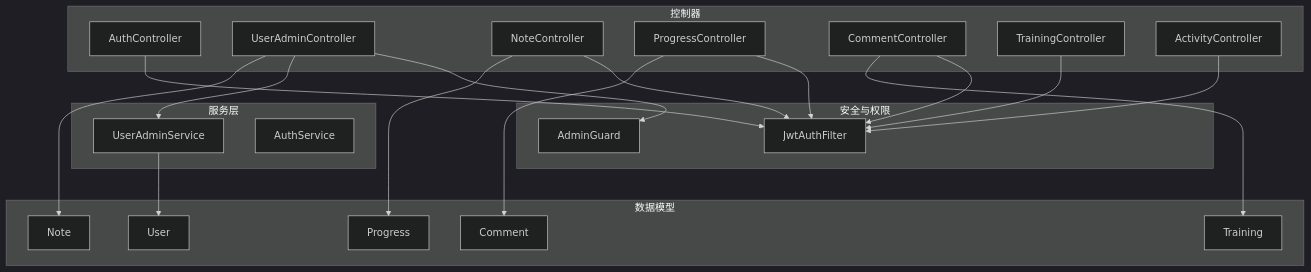
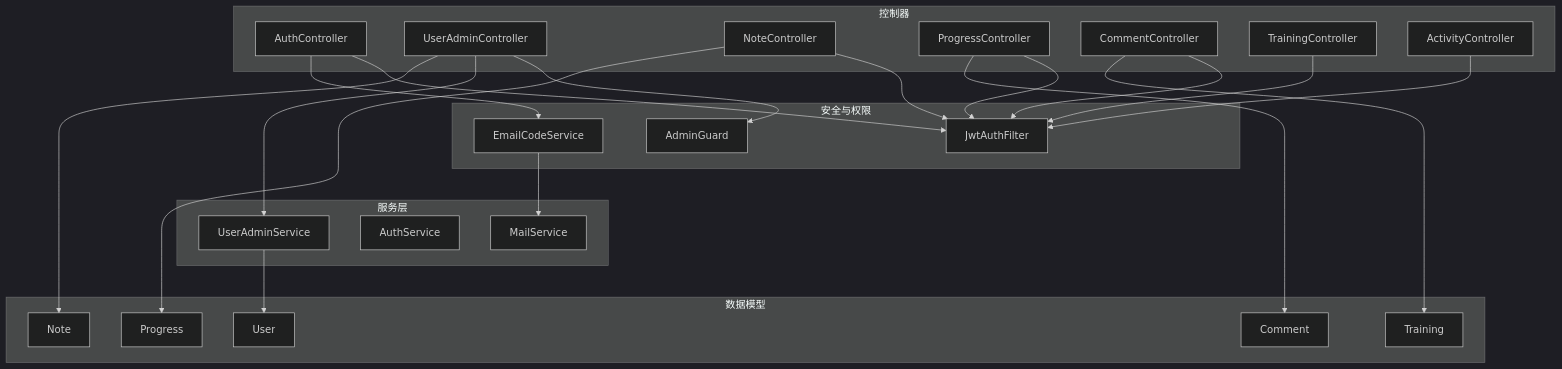
The first of 4 diagrams in .qoder/repowiki/zh/content/后端API文档/用户管理API.md (huangman881112/aiforip), drawn with Mermaid (dark theme) before and after one commit. The commit also changed other lines of this file and 87 other files, not shown here.

````diff
--- a/.qoder/repowiki/zh/content/后端API文档/用户管理API.md
+++ b/.qoder/repowiki/zh/content/后端API文档/用户管理API.md
@@ -53,40 +58,44 @@
 ```mermaid
 graph TB
 subgraph "控制器"
 A["AuthController"]
 B["UserAdminController"]
 C["NoteController"]
 D["ProgressController"]
 E["CommentController"]
 F["TrainingController"]
 G["ActivityController"]
 end
 subgraph "安全与权限"
 S["JwtAuthFilter"]
 H["AdminGuard"]
+I["EmailCodeService"]
 end
 subgraph "服务层"
-I["UserAdminService"]
-J["AuthService"]
+J["UserAdminService"]
+K["AuthService"]
+L["MailService"]
 end
 subgraph "数据模型"
 U["User"]
 N["Note"]
 P["Progress"]
 M["Comment"]
 T["Training"]
 end
 A --> S
+A --> I
 B --> H
 C --> S
 D --> S
 E --> S
 F --> S
 G --> S
-B --> I
-I --> U
+B --> J
+I --> L
+J --> U
 B --> N
 C --> P
 D --> M
 E --> T
 ```
````
